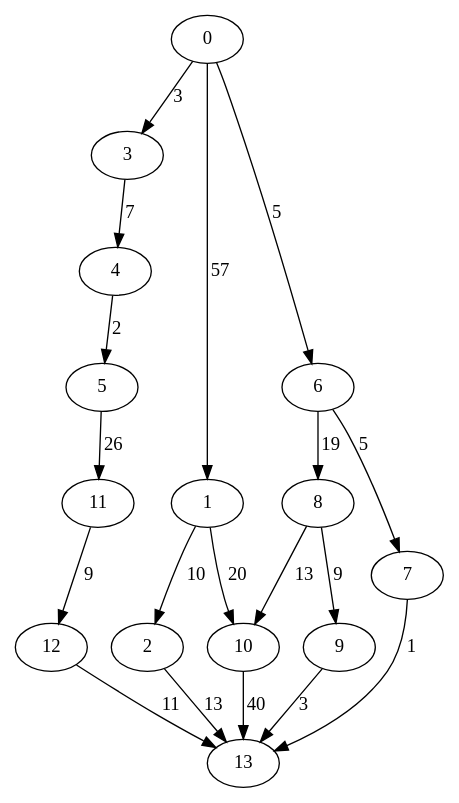
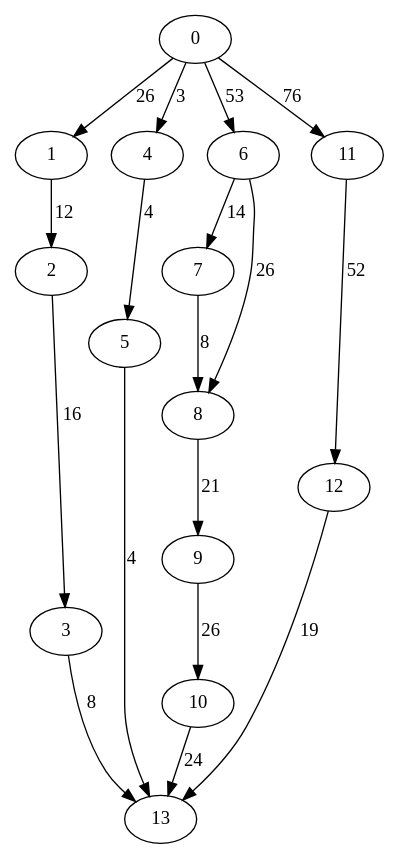
The diagram in small.dot (asaloniti/DagScheduling_old), drawn with Graphviz before and after one commit. The commit also changed 34 other files, not shown here.

```diff
--- a/small.dot
+++ b/small.dot
@@ -1,20 +1,19 @@
 digraph small {
-0 -> 1 [ label = 57 ];
-0 -> 3 [ label = 3 ];
-0 -> 6 [ label = 5 ];
-1 -> 2 [ label = 10 ];
-1 -> 10 [ label = 20 ];
-2 -> 13 [ label = 13 ];
-3 -> 4 [ label = 7 ];
-4 -> 5 [ label = 2 ];
-5 -> 11 [ label = 26 ];
-6 -> 7 [ label = 5 ];
-6 -> 8 [ label = 19 ];
-7 -> 13 [ label = 1 ];
-8 -> 9 [ label = 9 ];
-8 -> 10 [ label = 13 ];
-9 -> 13 [ label = 3 ];
-10 -> 13 [ label = 40 ];
-11 -> 12 [ label = 9 ];
-12 -> 13 [ label = 11 ];
+0 -> 1 [ label = 26 ];
+0 -> 4 [ label = 3 ];
+0 -> 6 [ label = 53 ];
+0 -> 11 [ label = 76 ];
+1 -> 2 [ label = 12 ];
+2 -> 3 [ label = 16 ];
+3 -> 13 [ label = 8 ];
+4 -> 5 [ label = 4 ];
+5 -> 13 [ label = 4 ];
+6 -> 7 [ label = 14 ];
+6 -> 8 [ label = 26 ];
+7 -> 8 [ label = 8 ];
+8 -> 9 [ label = 21 ];
+9 -> 10 [ label = 26 ];
+10 -> 13 [ label = 24 ];
+11 -> 12 [ label = 52 ];
+12 -> 13 [ label = 19 ];
  }
```
